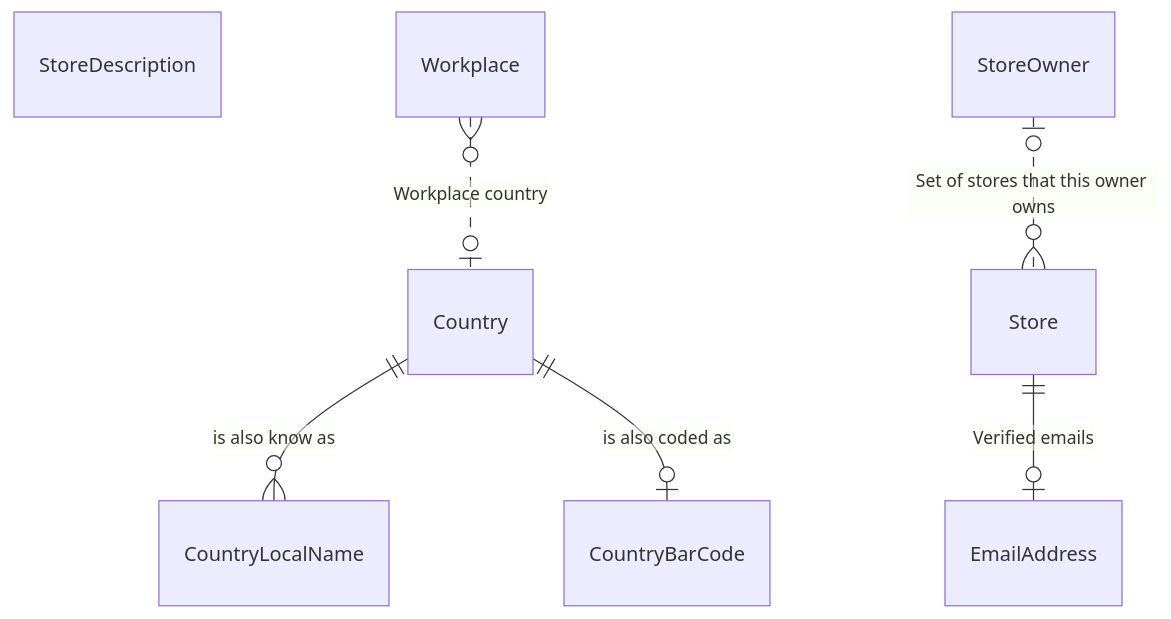
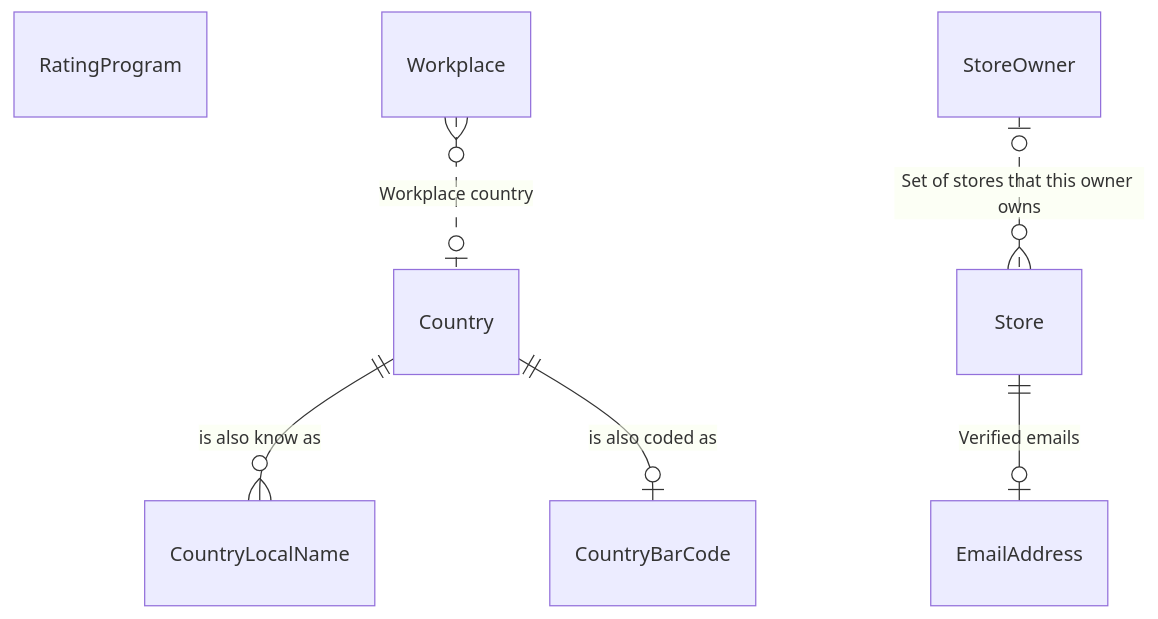
One commit to NoxOrg/Nox changed the diagram in src/Nox.ClientApi.Tests/.nox/docs/README.md. Above: the diagram before and after it, drawn with Mermaid. The commit also changed other lines of this file and 49 other files, not shown here.

````diff
--- a/src/Nox.ClientApi.Tests/.nox/docs/README.md
+++ b/src/Nox.ClientApi.Tests/.nox/docs/README.md
@@ -11,25 +11,25 @@
 ``` mermaid
 erDiagram
     Country {
     }
     Country||--o{CountryLocalName : "is also know as"
     Country||--o|CountryBarCode : "is also coded as"
     CountryLocalName {
     }
     CountryBarCode {
     }
-    StoreDescription {
+    RatingProgram {
     }
     Store {
     }
     Store||--o|EmailAddress : "Verified emails"
     Workplace {
     }
     Workplace}o..o|Country : "Workplace country"
     StoreOwner {
     }
     StoreOwner|o..o{Store : "Set of stores that this owner owns"
     EmailAddress {
     }
 
 ```
````
